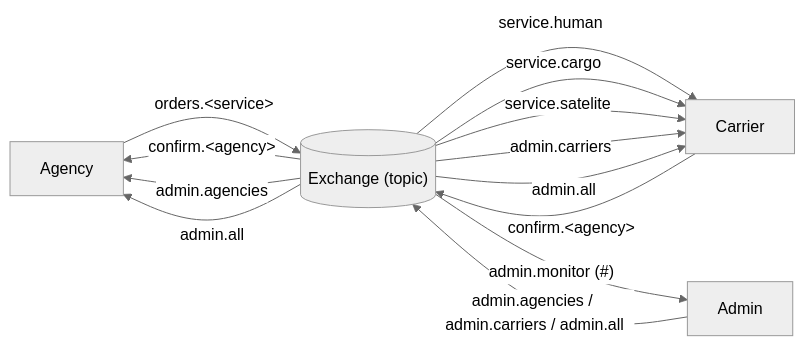
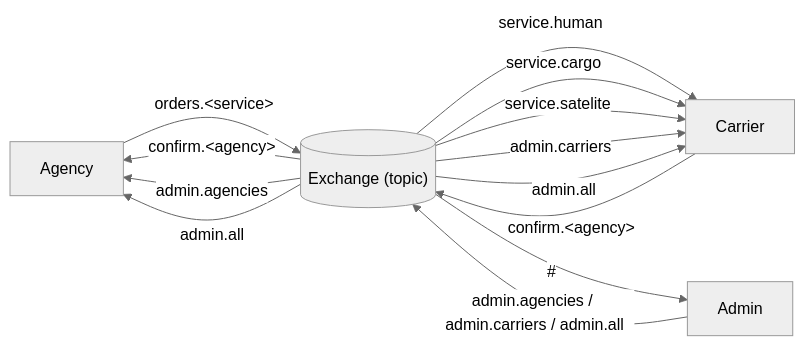
One commit to Mosder/agh changed the diagram in sem6/rozprochy/tasks/task5/schema.md. Above: the diagram before and after it, drawn with Mermaid (neutral theme).

Commit message:
rozprochy

````diff
--- a/sem6/rozprochy/tasks/task5/schema.md
+++ b/sem6/rozprochy/tasks/task5/schema.md
@@ -1,18 +1,18 @@
 ```mermaid
 flowchart LR
     A[Agency] -- orders.&lt;service&gt; --> X[("Exchange (topic)")]
     X -- service.human --> C[Carrier]
     X -- service.cargo --> C
     X -- service.satelite --> C
 
     C -- confirm.&lt;agency&gt; --> X
     X -- confirm.&lt;agency&gt; --> A
 
     AD[Admin] -- admin.agencies / admin.carriers / admin.all --> X
     X -- admin.agencies --> A
     X -- admin.carriers --> C
     X -- admin.all --> A
     X -- admin.all --> C
 
-    X -- "admin.monitor (#)" --> AD
+    X -- "#" --> AD
 ```
````
